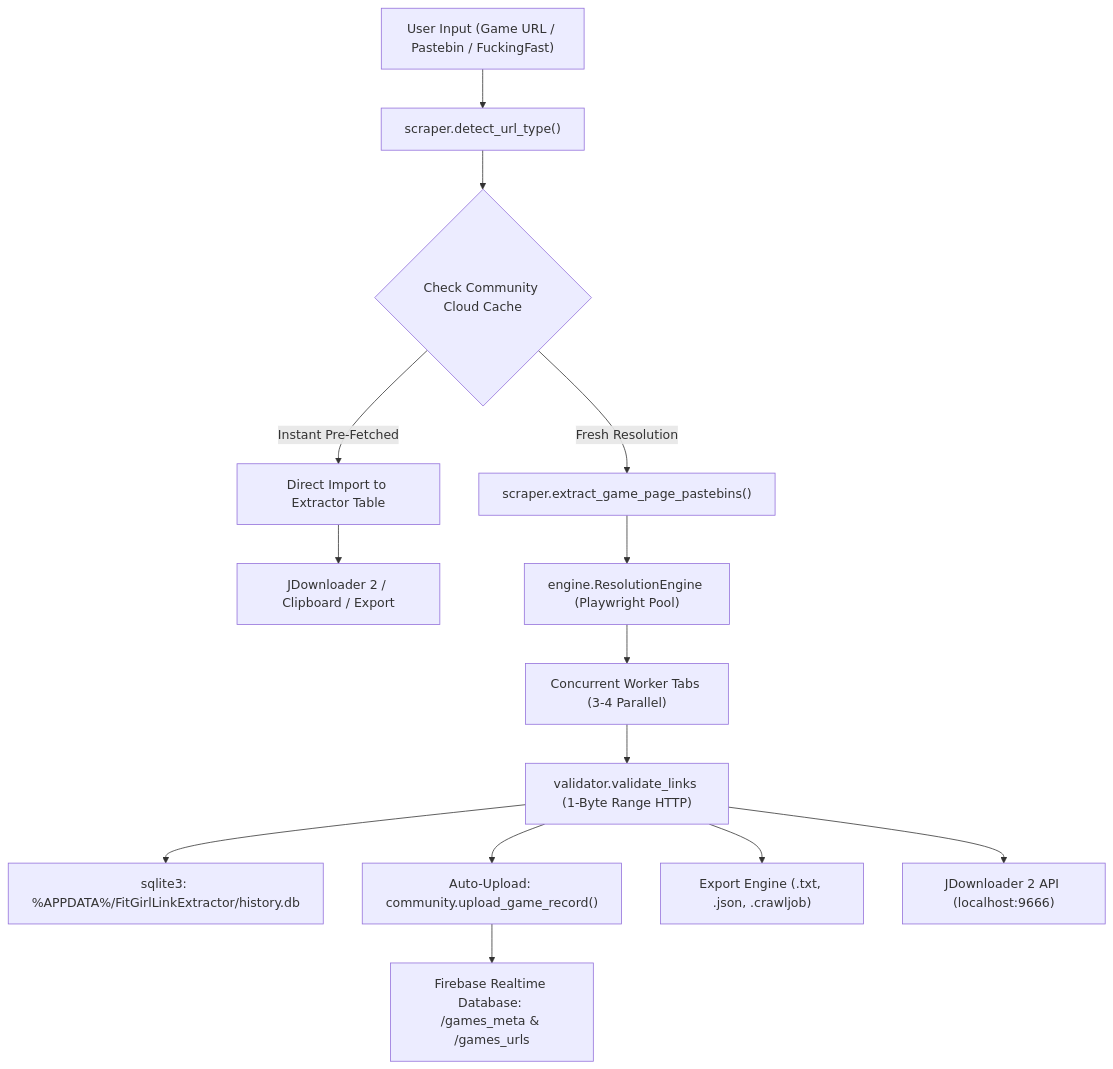
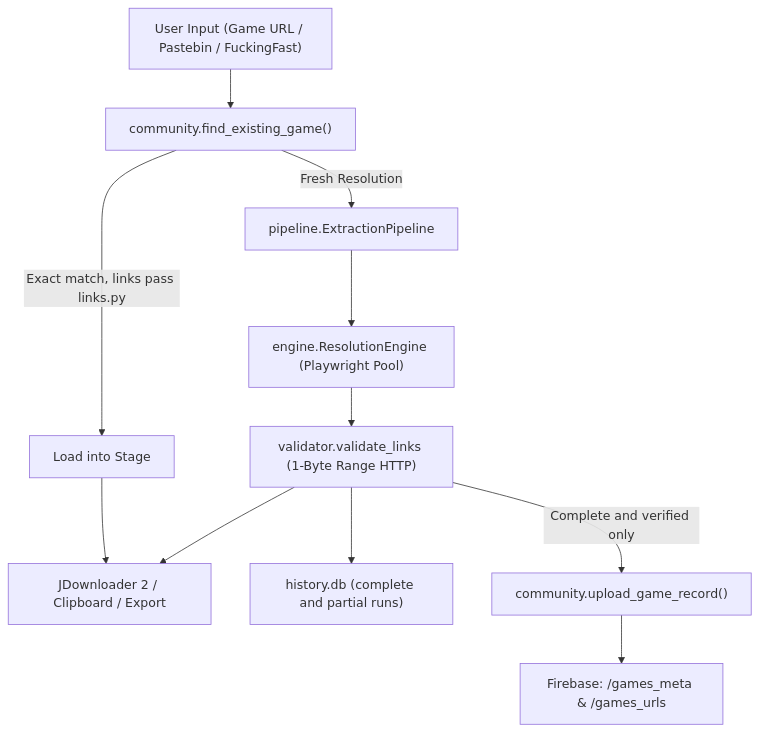
Before and after one commit to vik05h/Link-Extractor: the diagram in MEMORY.md, drawn with Mermaid. The commit also changed other lines of this file and 85 other files, not shown here.

First line of the commit message:
fix: harden shared links, updater, and extraction results

````diff
--- a/MEMORY.md
+++ b/MEMORY.md
@@ -33,16 +33,13 @@
 ```mermaid
 graph TD
-    A["User Input (Game URL / Pastebin / FuckingFast)"] --> B["scraper.detect_url_type()"]
-    B --> C{"Check Community Cloud Cache"}
-    C -->|Instant Pre-Fetched| D["Direct Import to Extractor Table"]
+    A["User Input (Game URL / Pastebin / FuckingFast)"] --> B["community.find_existing_game()"]
+    B -->|Exact match, links pass links.py| D["Load into Stage"]
     D --> E["JDownloader 2 / Clipboard / Export"]
-    C -->|Fresh Resolution| F["scraper.extract_game_page_pastebins()"]
+    B -->|Fresh Resolution| F["pipeline.ExtractionPipeline"]
     F --> G["engine.ResolutionEngine (Playwright Pool)"]
-    G --> H["Concurrent Worker Tabs (3-4 Parallel)"]
-    H --> I["validator.validate_links (1-Byte Range HTTP)"]
-    I --> J["sqlite3: %APPDATA%/FitGirlLinkExtractor/history.db"]
-    I --> K["Auto-Upload: community.upload_game_record()"]
-    K --> L["Firebase Realtime Database: /games_meta & /games_urls"]
-    I --> M["Export Engine (.txt, .json, .crawljob)"]
-    I --> N["JDownloader 2 API (localhost:9666)"]
+    G --> I["validator.validate_links (1-Byte Range HTTP)"]
+    I --> J["history.db (complete and partial runs)"]
+    I -->|Complete and verified only| K["community.upload_game_record()"]
+    K --> L["Firebase: /games_meta & /games_urls"]
+    I --> E
 ```
````
